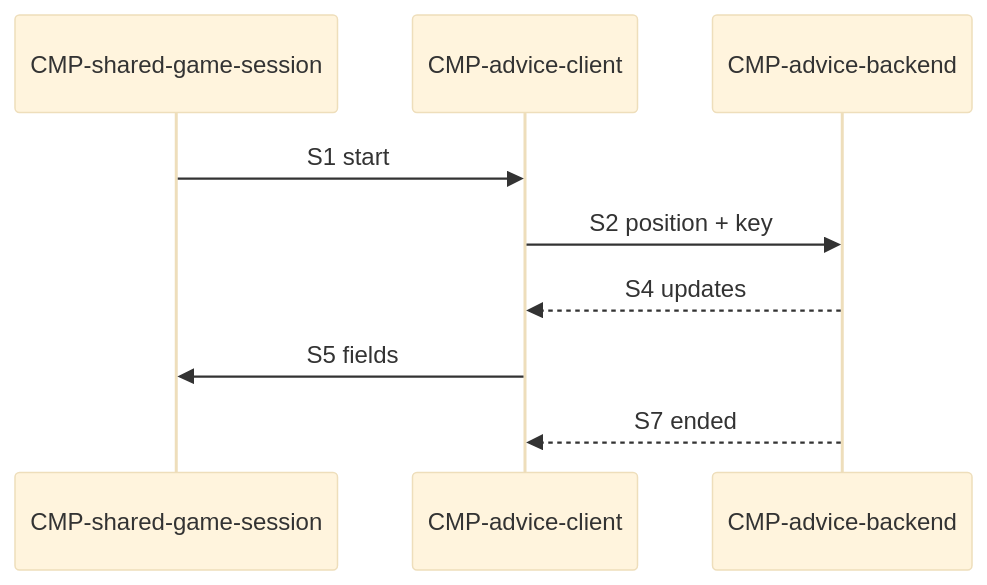
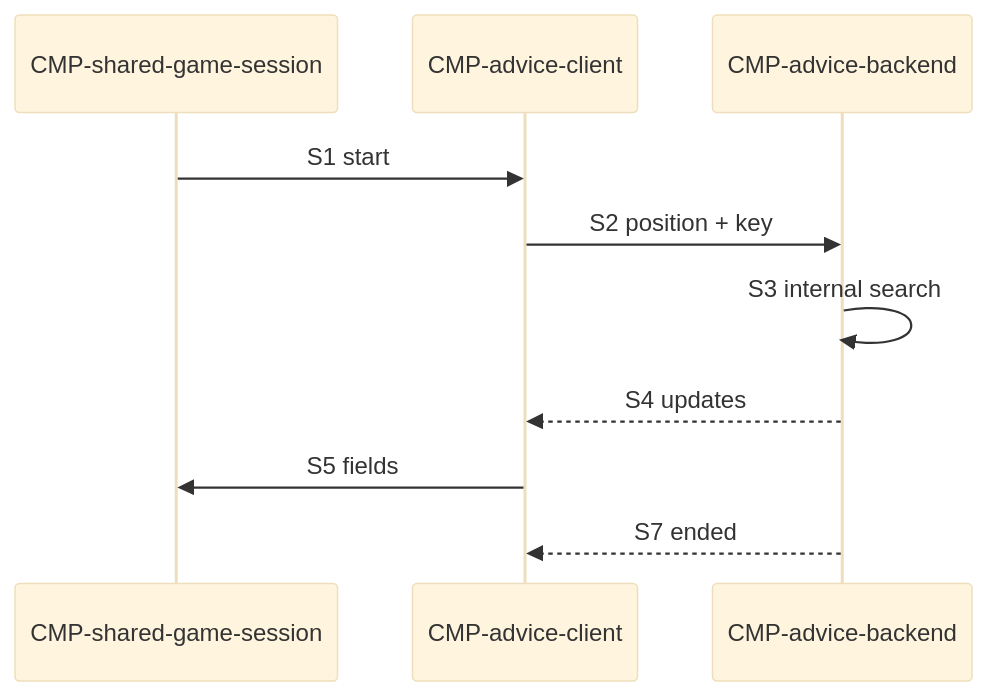
The diagram in specs/technical/sequences/advice-stream.md (waigore/simplechessv2), drawn with Mermaid (base theme) before and after one commit. The commit also changed other lines of this file, not shown here.

Commit message:
Advice-stream sequence names participants and cites F-move-advice IDs (#244)

````diff
--- a/specs/technical/sequences/advice-stream.md
+++ b/specs/technical/sequences/advice-stream.md
@@ -39,11 +39,12 @@
 ```mermaid
 sequenceDiagram
   participant S as CMP-shared-game-session
   participant A as CMP-advice-client
   participant B as CMP-advice-backend
   S->>A: S1 start
   A->>B: S2 position + key
+  B->>B: S3 internal search
   B-->>A: S4 updates
   A->>S: S5 fields
   B-->>A: S7 ended
 ```
````
